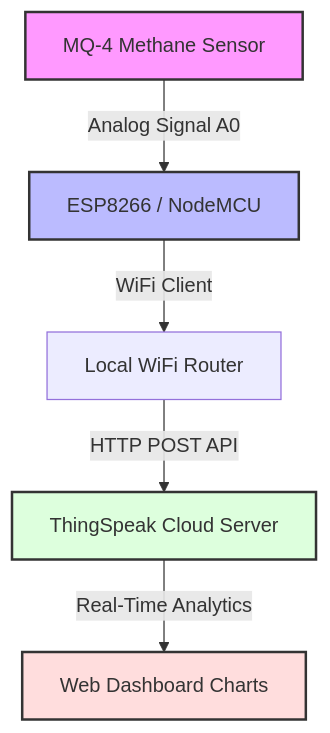
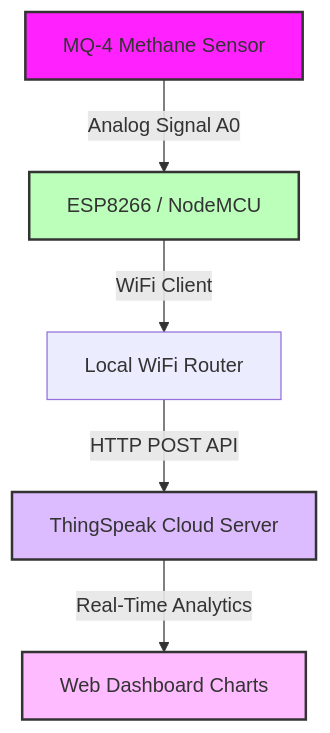
Before and after one commit to YuvarajUjwal/Methane_Monitoring_System: the diagram in README.md, drawn with Mermaid.

````diff
--- a/README.md
+++ b/README.md
@@ -22,12 +22,12 @@
 ```mermaid
 graph TD
     A[MQ-4 Methane Sensor] -->|Analog Signal A0| B[ESP8266 / NodeMCU]
     B -->|WiFi Client| F[Local WiFi Router]
     F -->|HTTP POST API| G[ThingSpeak Cloud Server]
     G -->|Real-Time Analytics| H[Web Dashboard Charts]
 
-    style A fill:#f9f,stroke:#333,stroke-width:2px
-    style B fill:#bbf,stroke:#333,stroke-width:2px
-    style G fill:#dfd,stroke:#333,stroke-width:2px
-    style H fill:#fdd,stroke:#333,stroke-width:2px
+    style A fill:#f2f,stroke:#333,stroke-width:2px
+    style B fill:#bfb,stroke:#333,stroke-width:2px
+    style G fill:#dbf,stroke:#333,stroke-width:2px
+    style H fill:#fbf,stroke:#333,stroke-width:2px
 ```
````
